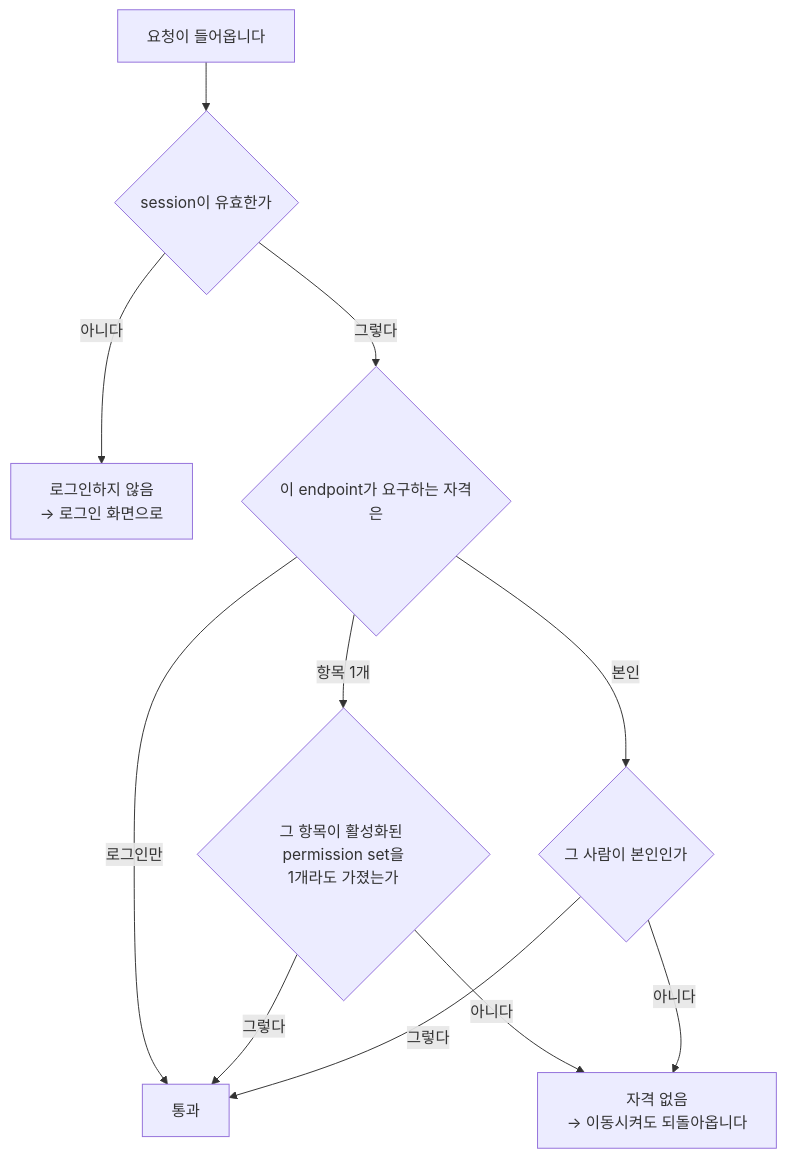
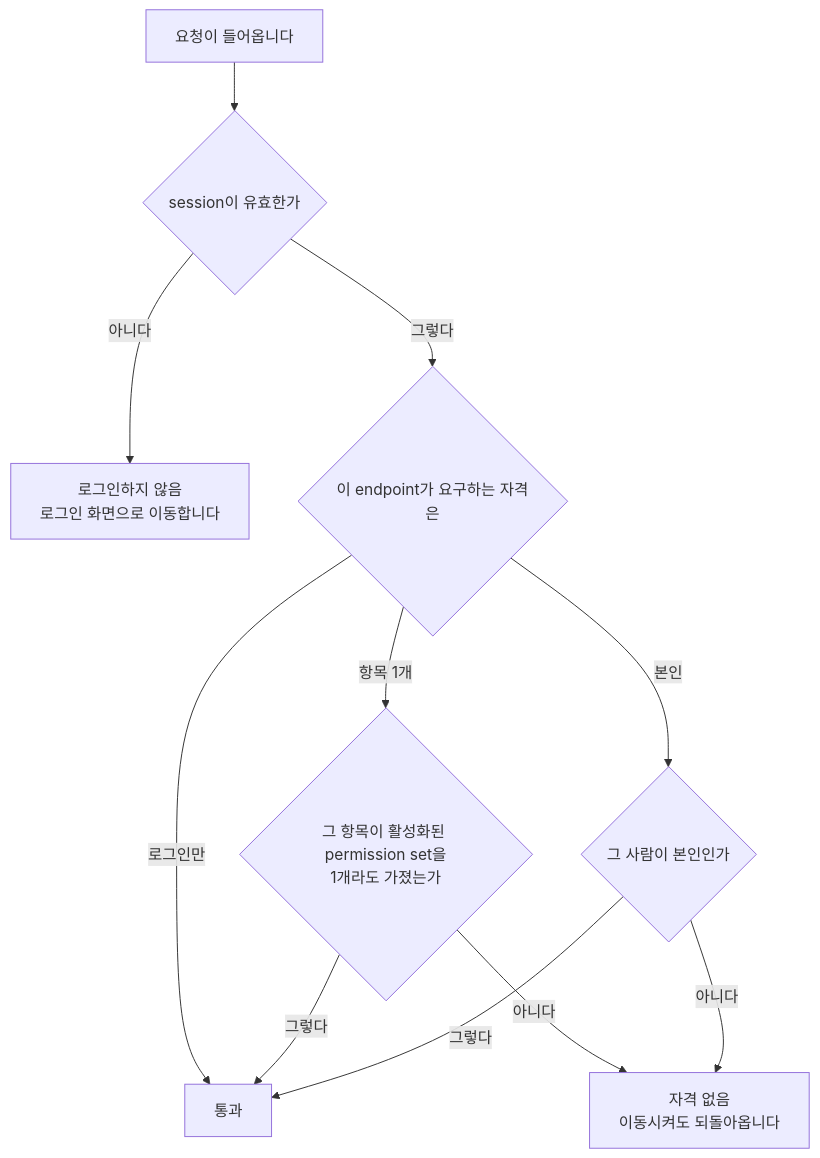
The fourth of 4 diagrams in .cluedoc/accounts-and-roles/accounts-and-roles.md (minkong-dev/Banblit), drawn with Mermaid before and after one commit. The commit also changed other lines of this file and 21 other files, not shown here.

````diff
--- a/.cluedoc/accounts-and-roles/accounts-and-roles.md
+++ b/.cluedoc/accounts-and-roles/accounts-and-roles.md
@@ -547,13 +538,13 @@
 ```mermaid
 flowchart TD
     R[요청이 들어옵니다] --> C{session이 유효한가}
-    C -->|아니다| E1[로그인하지 않음<br/>→ 로그인 화면으로]
+    C -->|아니다| E1[로그인하지 않음<br/>로그인 화면으로 이동합니다]
     C -->|그렇다| K{이 endpoint가 요구하는 자격은}
     K -->|로그인만| OK[통과]
     K -->|항목 1개| H{그 항목이 활성화된 permission set을<br/>1개라도 가졌는가}
     K -->|본인| M{그 사람이 본인인가}
-    H -->|아니다| E2[자격 없음<br/>→ 이동시켜도 되돌아옵니다]
+    H -->|아니다| E2[자격 없음<br/>이동시켜도 되돌아옵니다]
     H -->|그렇다| OK
     M -->|아니다| E2
     M -->|그렇다| OK
 ```
````
